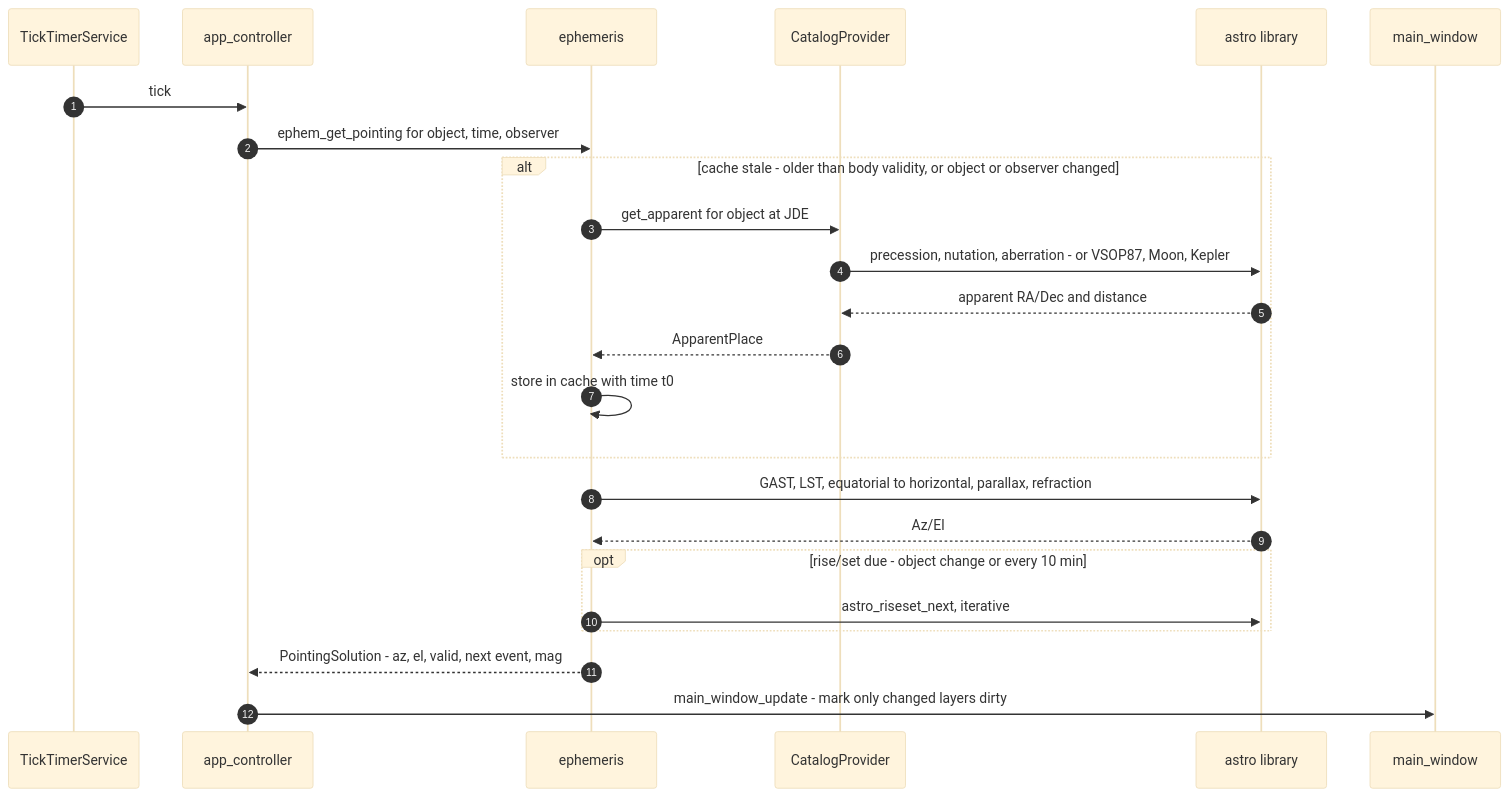
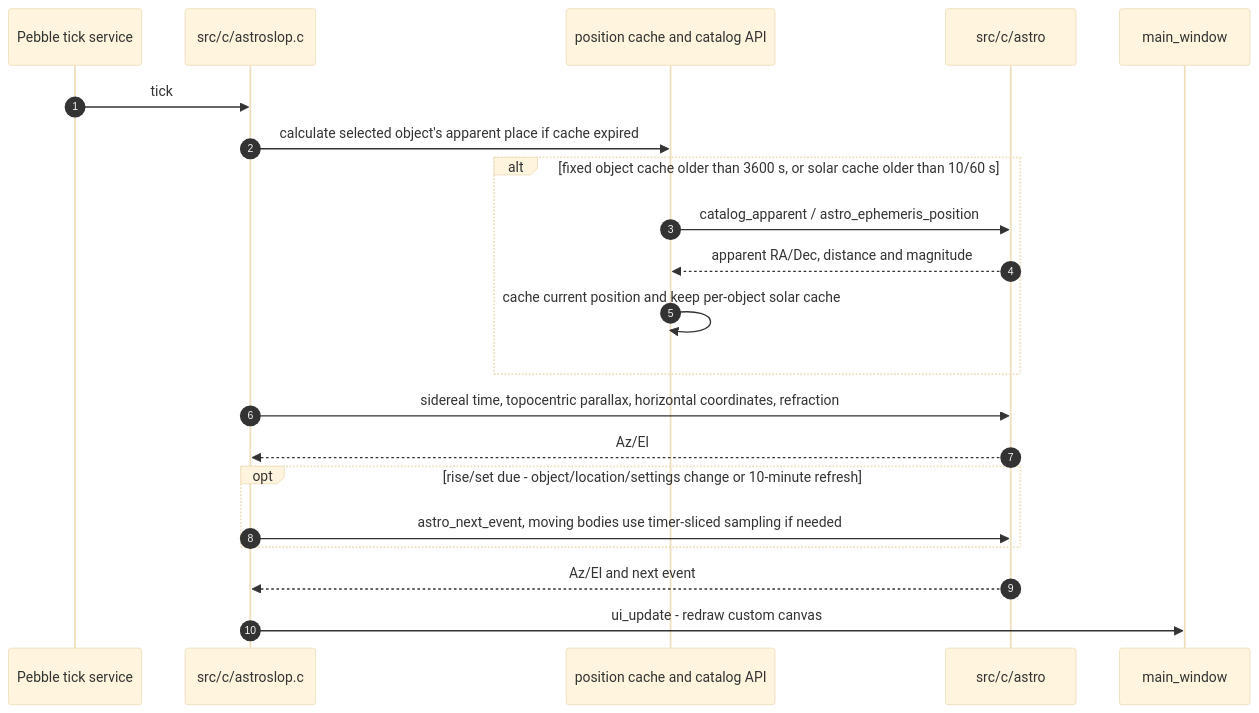
The third of 10 diagrams in docs/DESIGN.md (ewsandor/AstroSlop), drawn with Mermaid (base theme) before and after one commit. The commit also changed other lines of this file and 69 other files, not shown here.

````diff
--- a/docs/DESIGN.md
+++ b/docs/DESIGN.md
@@ -515,27 +496,24 @@
 ```mermaid
 sequenceDiagram
     autonumber
-    participant T as TickTimerService
-    participant C as app_controller
-    participant E as ephemeris
-    participant P as CatalogProvider
-    participant A as astro library
+    participant T as Pebble tick service
+    participant C as src/c/astroslop.c
+    participant E as position cache and catalog API
+    participant A as src/c/astro
     participant UI as main_window
 
     T->>C: tick
-    C->>E: ephem_get_pointing for object, time, observer
-    alt cache stale - older than body validity, or object or observer changed
-        E->>P: get_apparent for object at JDE
-        P->>A: precession, nutation, aberration - or VSOP87, Moon, Kepler
-        A-->>P: apparent RA/Dec and distance
-        P-->>E: ApparentPlace
-        E->>E: store in cache with time t0
+    C->>E: calculate selected object's apparent place if cache expired
+    alt fixed object cache older than 3600 s, or solar cache older than 10/60 s
+        E->>A: catalog_apparent / astro_ephemeris_position
+        A-->>E: apparent RA/Dec, distance and magnitude
+        E->>E: cache current position and keep per-object solar cache
     end
-    E->>A: GAST, LST, equatorial to horizontal, parallax, refraction
-    A-->>E: Az/El
-    opt rise/set due - object change or every 10 min
-        E->>A: astro_riseset_next, iterative
+    C->>A: sidereal time, topocentric parallax, horizontal coordinates, refraction
+    A-->>C: Az/El
+    opt rise/set due - object/location/settings change or 10-minute refresh
+        C->>A: astro_next_event, moving bodies use timer-sliced sampling if needed
     end
-    E-->>C: PointingSolution - az, el, valid, next event, mag
-    C->>UI: main_window_update - mark only changed layers dirty
+    A-->>C: Az/El and next event
+    C->>UI: ui_update - redraw custom canvas
 ```
````
